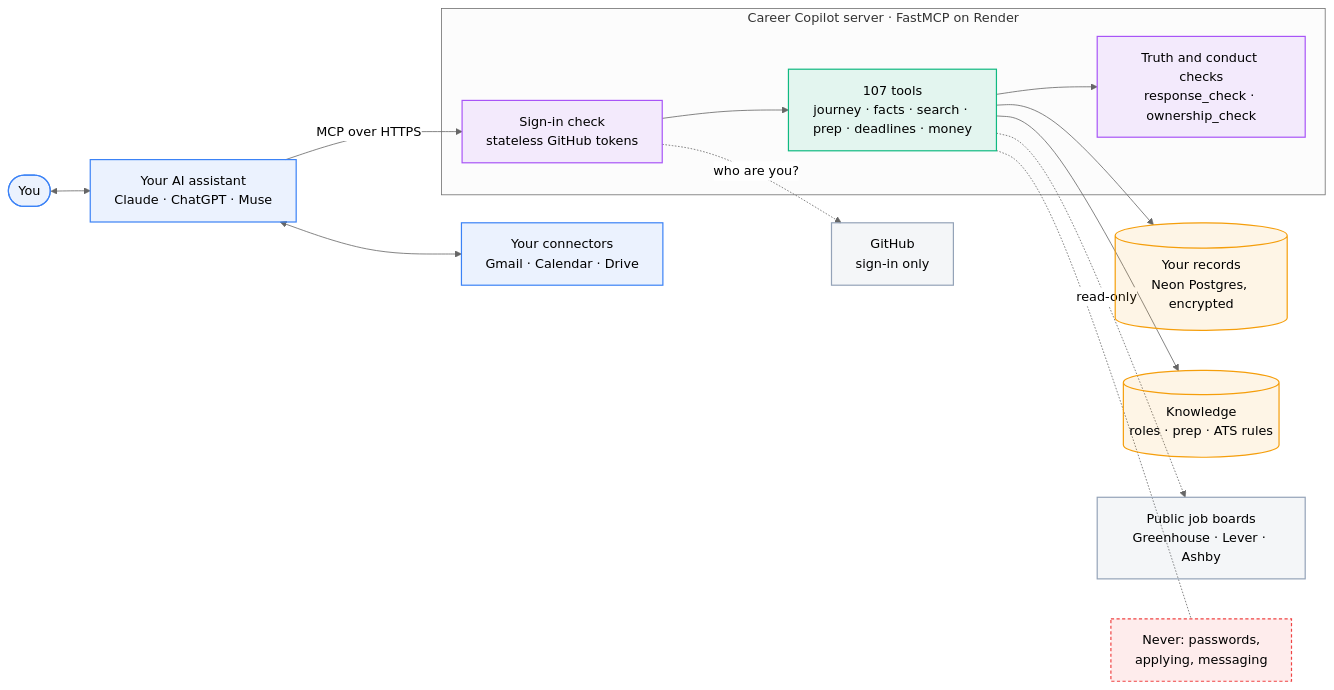
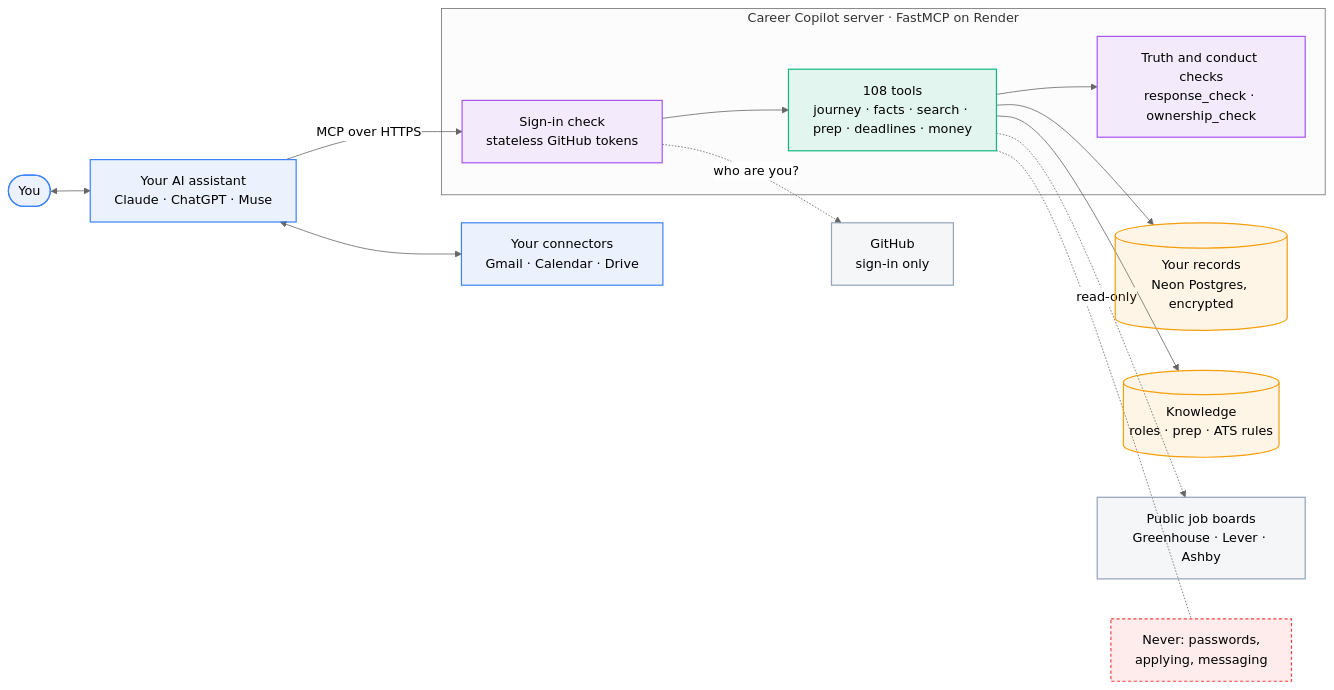
Before and after one commit to TusharSamantaray/career-copilot-mcp: the first of 9 diagrams in docs/ARCHITECTURE.md, drawn with Mermaid (neutral theme). The commit also changed 12 other files, not shown here.

````diff
--- a/docs/ARCHITECTURE.md
+++ b/docs/ARCHITECTURE.md
@@ -42,35 +42,35 @@
 ```mermaid
 flowchart LR
   classDef person fill:#3B82F61A,stroke:#3B82F6,stroke-width:1.5px
   classDef copilot fill:#10B9811A,stroke:#10B981,stroke-width:1.5px
   classDef store fill:#F59E0B1A,stroke:#F59E0B,stroke-width:1.5px
   classDef ext fill:#94A3B81A,stroke:#94A3B8,stroke-width:1.5px
   classDef guard fill:#A855F71A,stroke:#A855F7,stroke-width:1.5px
   classDef never fill:#EF44441A,stroke:#EF4444,stroke-width:1.5px,stroke-dasharray:4 3
 
   you(["You"]):::person
   ai["Your AI assistant<br/>Claude · ChatGPT · Muse"]:::person
   own["Your connectors<br/>Gmail · Calendar · Drive"]:::person
 
   subgraph server["Career Copilot server · FastMCP on Render"]
     auth["Sign-in check<br/>stateless GitHub tokens"]:::guard
-    tools["107 tools<br/>journey · facts · search · prep · deadlines · money"]:::copilot
+    tools["108 tools<br/>journey · facts · search · prep · deadlines · money"]:::copilot
     checks["Truth and conduct checks<br/>response_check · ownership_check"]:::guard
   end
 
   db[("Your records<br/>Neon Postgres, encrypted")]:::store
   kb[("Knowledge<br/>roles · prep · ATS rules")]:::store
   gh["GitHub<br/>sign-in only"]:::ext
   boards["Public job boards<br/>Greenhouse · Lever · Ashby"]:::ext
   never["Never: passwords,<br/>applying, messaging"]:::never
 
   you <--> ai
   ai <--> own
   ai -- "MCP over HTTPS" --> auth --> tools
   tools --> checks
   tools --> db
   tools --> kb
   auth -. "who are you?" .-> gh
   tools -. "read-only" .-> boards
   tools -.- never
 ```
````
